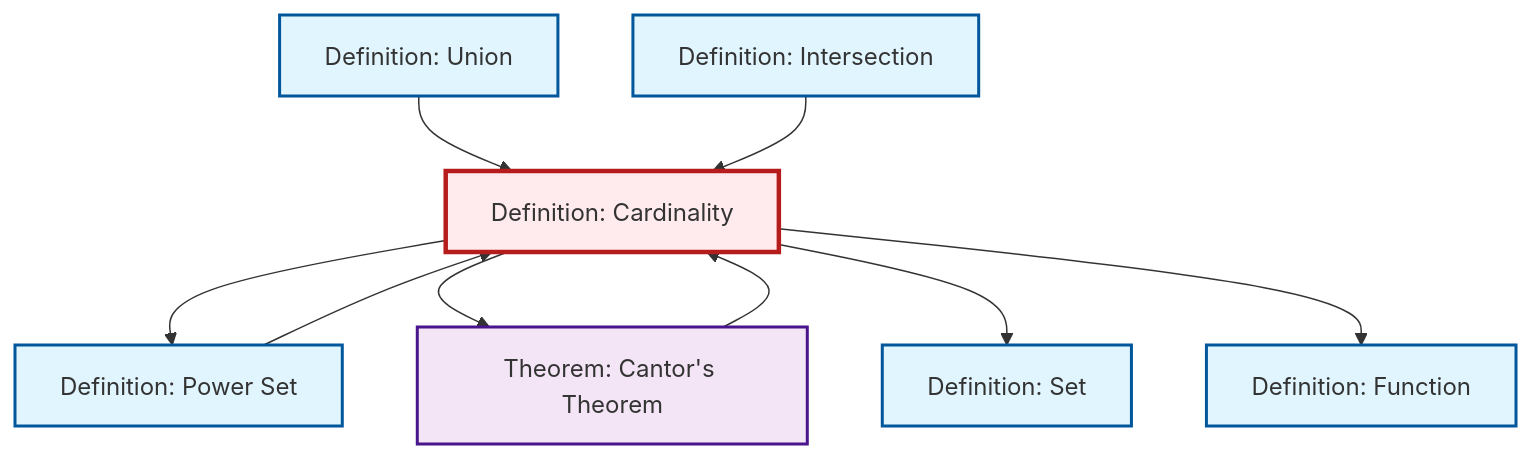
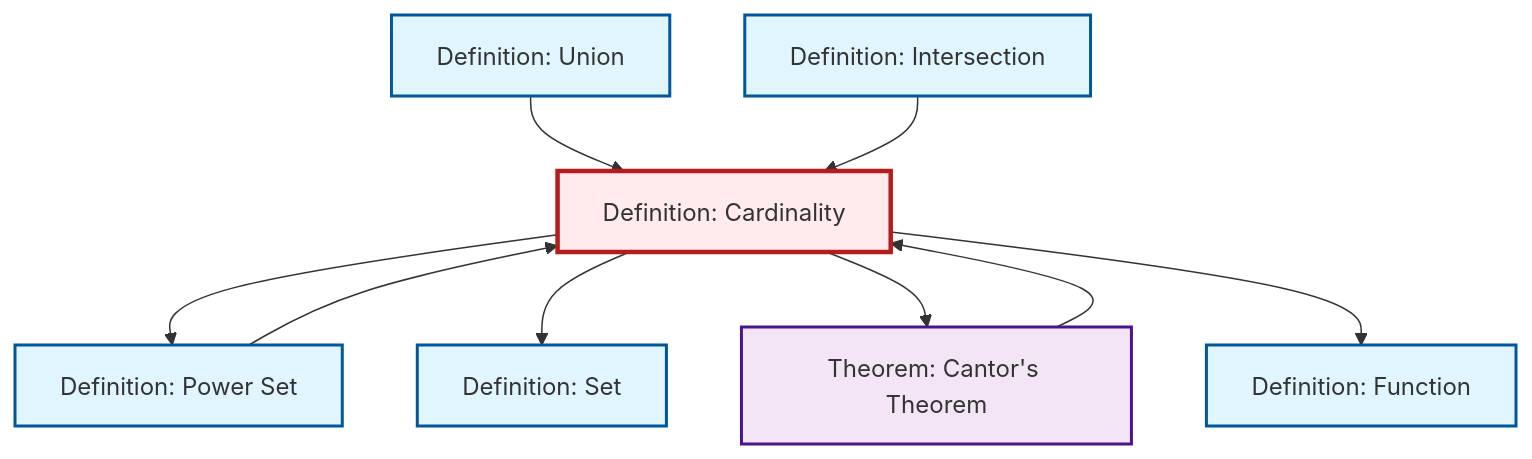
Before and after one commit to RK0429/ModernMath: the diagram in content/ja/logic-set-theory/def-cardinality.qmd, drawn with Mermaid. The commit also changed other lines of this file and 619 other files, not shown here.

````diff
--- a/content/ja/logic-set-theory/def-cardinality.qmd
+++ b/content/ja/logic-set-theory/def-cardinality.qmd
@@ -86,31 +86,31 @@
 ```{mermaid}
 %%| fig-cap: "Local dependency graph"
 graph TD
     classDef definition fill:#e1f5fe,stroke:#01579b,stroke-width:2px
     classDef theorem fill:#f3e5f5,stroke:#4a148c,stroke-width:2px
     classDef axiom fill:#fff3e0,stroke:#e65100,stroke-width:2px
     classDef example fill:#e8f5e9,stroke:#1b5e20,stroke-width:2px
     classDef current fill:#ffebee,stroke:#b71c1c,stroke-width:3px
     def-intersection["Definition: Intersection"]:::definition
-    def-function["Definition: Function"]:::definition
-    def-cardinality["Definition: Cardinality"]:::definition
     def-set["Definition: Set"]:::definition
-    thm-cantor["Theorem: Cantor's Theorem"]:::theorem
     def-union["Definition: Union"]:::definition
     def-power-set["Definition: Power Set"]:::definition
+    def-cardinality["Definition: Cardinality"]:::definition
+    thm-cantor["Theorem: Cantor's Theorem"]:::theorem
+    def-function["Definition: Function"]:::definition
+    def-cardinality --> def-power-set
     def-power-set --> def-cardinality
+    def-cardinality --> def-set
+    def-cardinality --> thm-cantor
+    def-union --> def-cardinality
     thm-cantor --> def-cardinality
-    def-union --> def-cardinality
-    def-cardinality --> def-power-set
-    def-cardinality --> thm-cantor
+    def-cardinality --> def-function
     def-intersection --> def-cardinality
-    def-cardinality --> def-set
-    def-cardinality --> def-function
     class def-cardinality current
     click def-intersection "def-intersection.html" "Definition: Intersectionへ"
-    click def-function "def-function.html" "Definition: Functionへ"
     click def-set "def-set.html" "Definition: Setへ"
-    click thm-cantor "thm-cantor.html" "Theorem: Cantor's Theoremへ"
     click def-union "def-union.html" "Definition: Unionへ"
     click def-power-set "def-power-set.html" "Definition: Power Setへ"
+    click thm-cantor "thm-cantor.html" "Theorem: Cantor's Theoremへ"
+    click def-function "def-function.html" "Definition: Functionへ"
 ```
````
